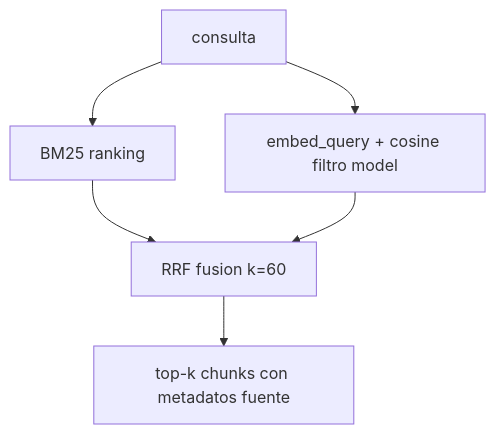
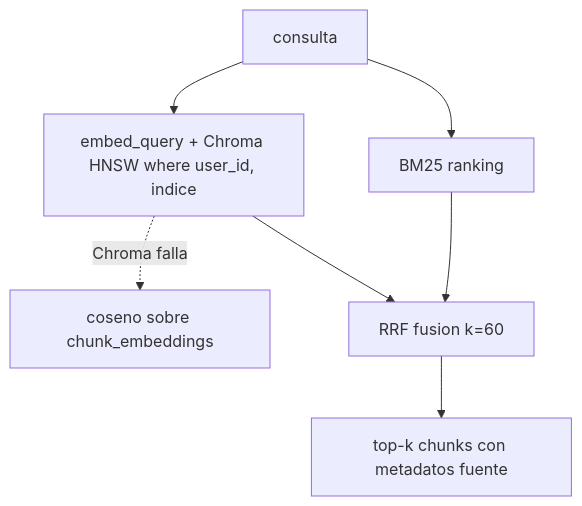
Before and after one commit to DavidLeonP/Orquestacion-Agentes: the fifth of 7 diagrams in docs/c4/04-codigo.md, drawn with Mermaid. The commit also changed other lines of this file and 70 other files, not shown here.

````diff
--- a/docs/c4/04-codigo.md
+++ b/docs/c4/04-codigo.md
@@ -87,8 +91,9 @@
 ```mermaid
 flowchart TD
     Q[consulta] --> Lex[BM25 ranking]
-    Q --> Sem["embed_query + cosine filtro model"]
+    Q --> Sem["embed_query + Chroma HNSW where user_id, indice"]
+    Sem -. Chroma falla .-> Cos["coseno sobre chunk_embeddings"]
     Lex --> RRF[RRF fusion k=60]
     Sem --> RRF
     RRF --> TopK[top-k chunks con metadatos fuente]
 ```
````
